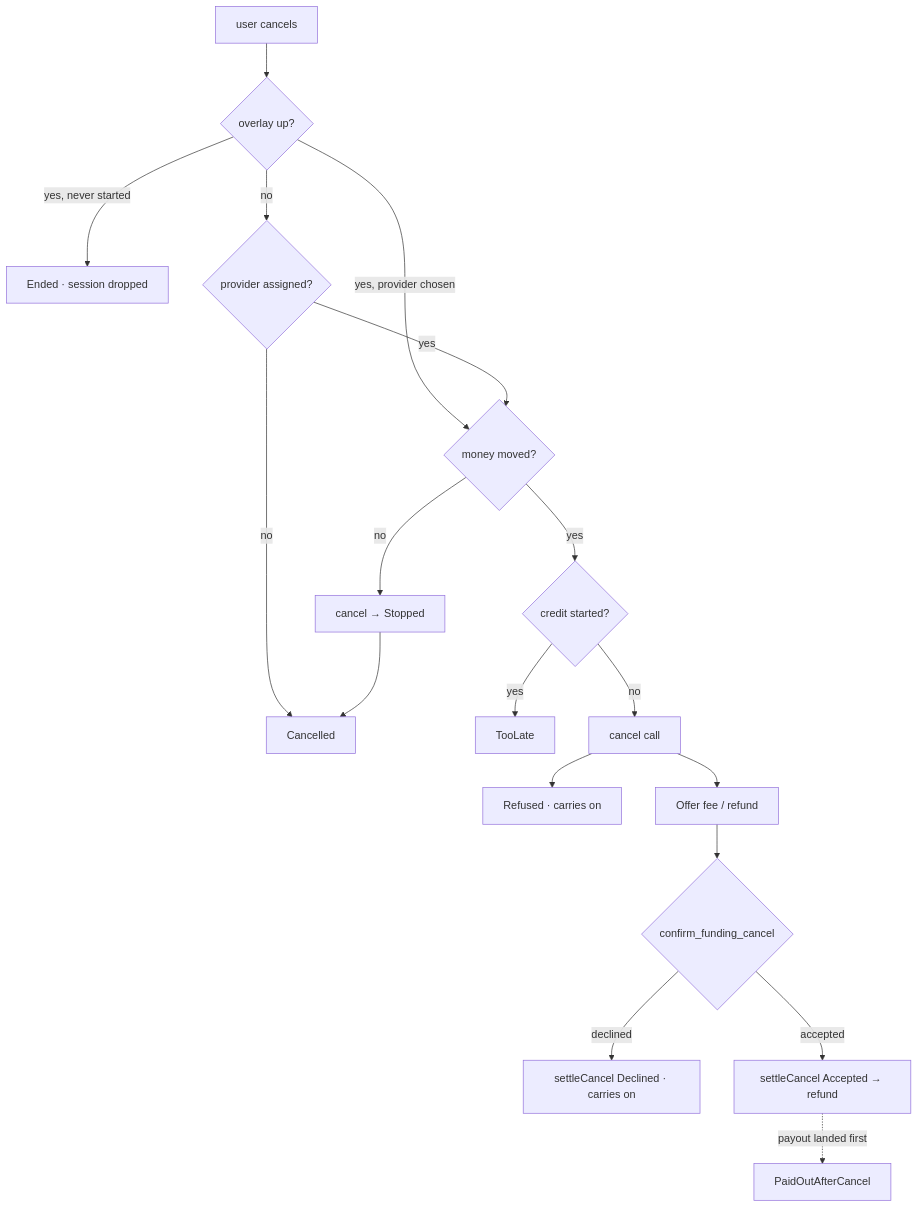
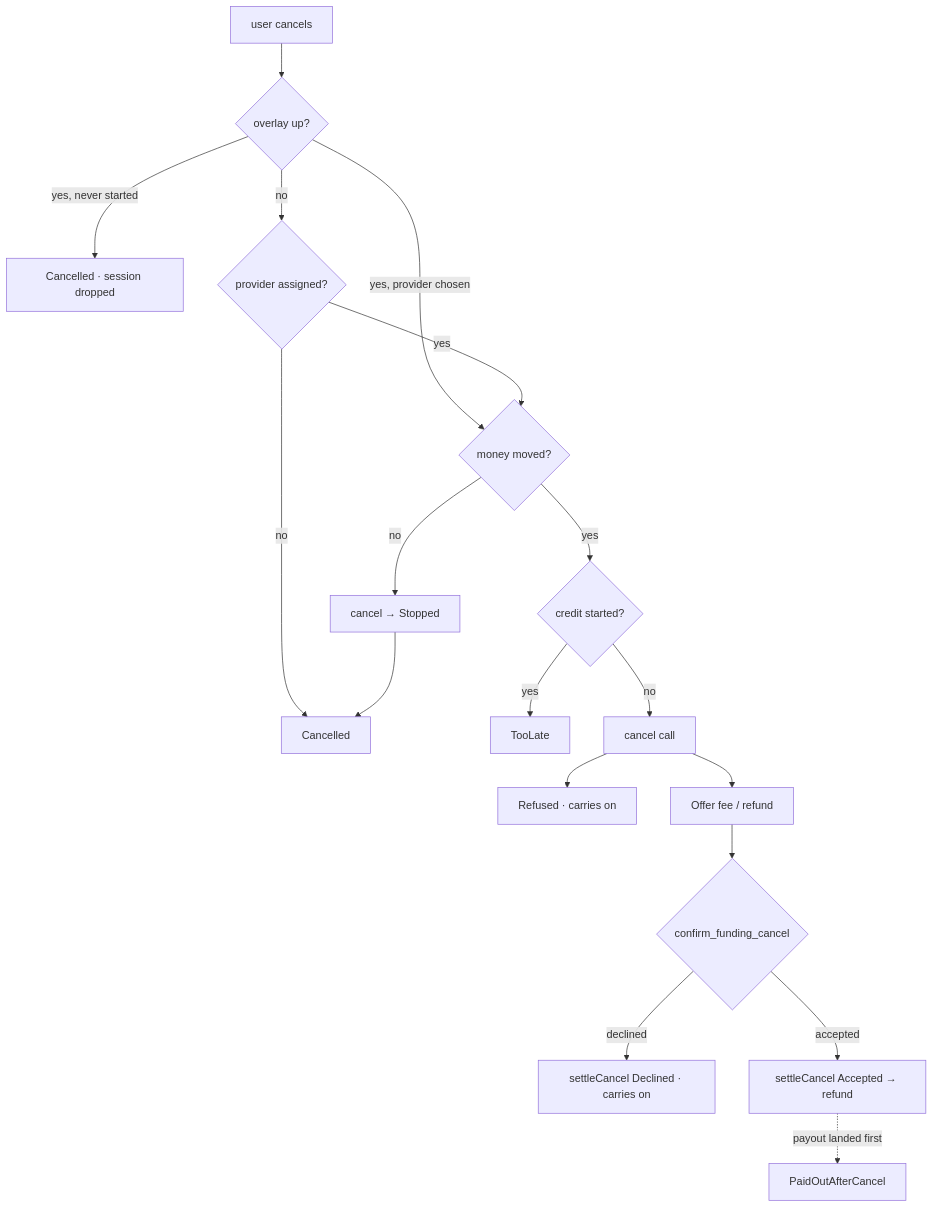
One commit to paritytech/trinity-user-agents changed the seventh of 10 diagrams in docs/design/funding-modality.md. Above: the diagram before and after it, drawn with Mermaid.

Commit message:
docs(design): name the overlay cancel outcome Cancelled, as #2252 renamed it

````diff
--- a/docs/design/funding-modality.md
+++ b/docs/design/funding-modality.md
@@ -219,19 +219,19 @@
 ```mermaid
 flowchart TD
   c[user cancels] --> up{overlay up?}
-  up -- "yes, never started" --> dropped[Ended · session dropped]
+  up -- "yes, never started" --> dropped[Cancelled · session dropped]
   up -- "yes, provider chosen" --> mm
   up -- no --> assigned{provider assigned?}
   assigned -- no --> none[Cancelled]
   assigned -- yes --> mm{money moved?}
   mm -- no --> stop[cancel → Stopped] --> none
   mm -- yes --> late{credit started?}
   late -- yes --> toolate[TooLate]
   late -- no --> req[cancel call]
   req --> refused[Refused · carries on]
   req --> offer[Offer fee / refund]
   offer --> confirm{confirm_funding_cancel}
   confirm -- declined --> on[settleCancel Declined · carries on]
   confirm -- accepted --> refund[settleCancel Accepted → refund]
   refund -. payout landed first .-> paid[PaidOutAfterCancel]
 ```
````
